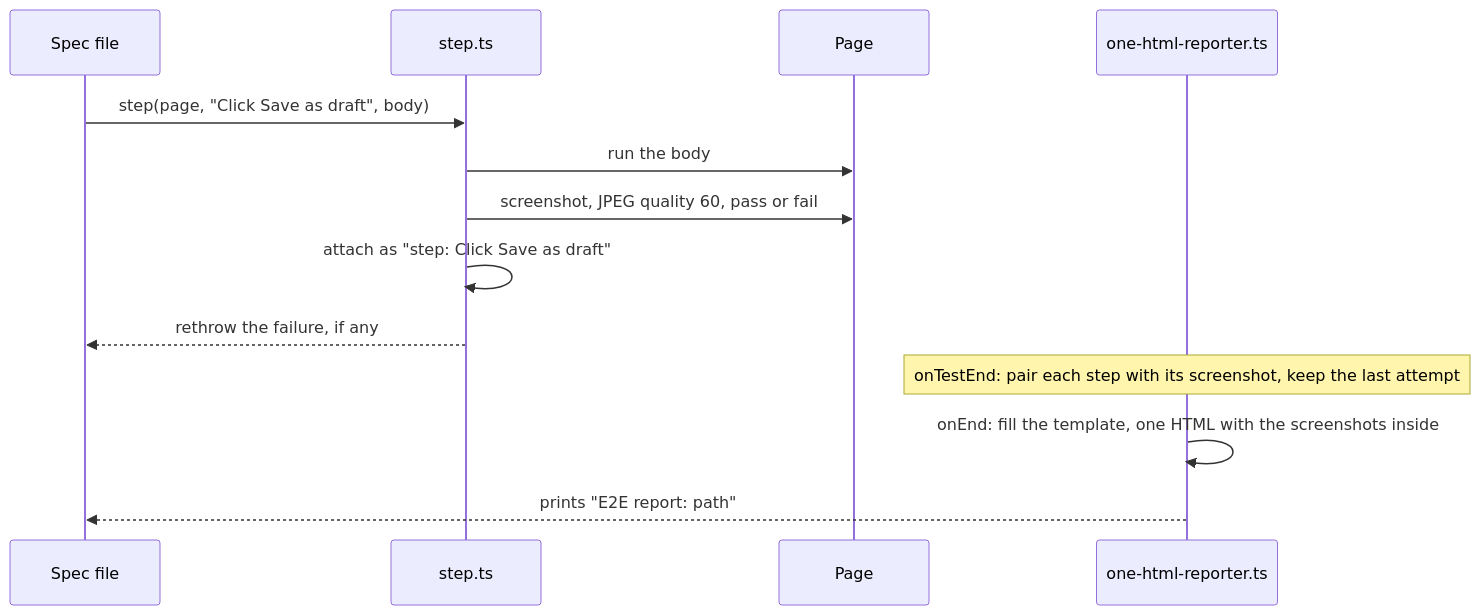
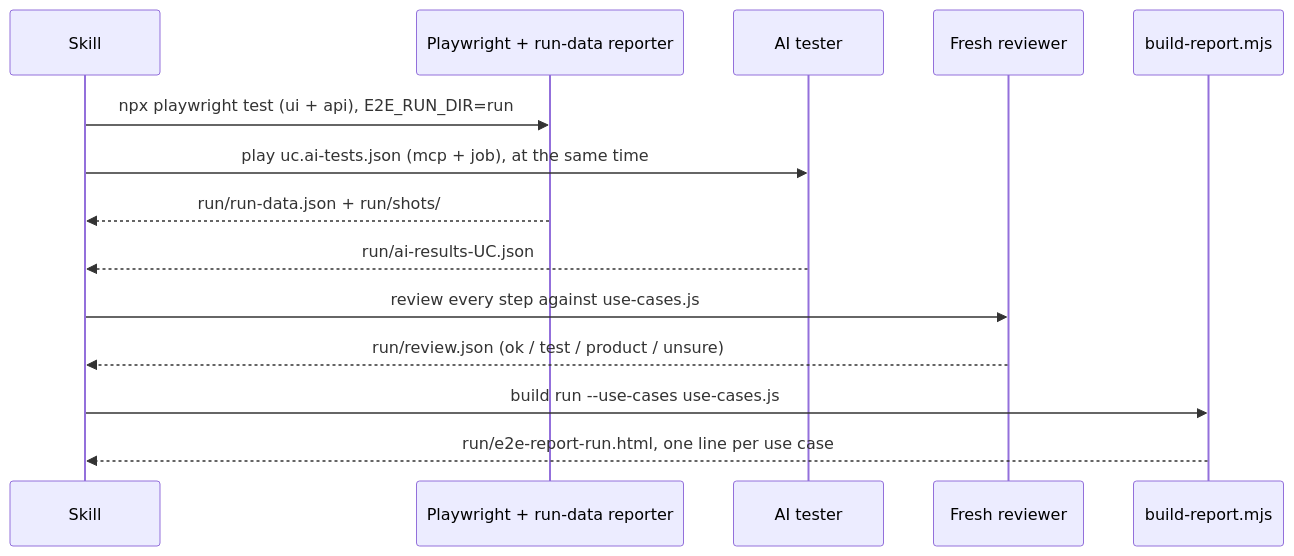
Before and after one commit to naphatwx/naphatwx-tools: the second of 3 diagrams in plugins/naphatwx-tools/skills/e2e-test/README.md, drawn with Mermaid. The commit also changed other lines of this file and 66 other files, not shown here.

First line of the commit message:
feat(use-cases): one use-cases.js for every skill that plays or tests

````diff
--- a/plugins/naphatwx-tools/skills/e2e-test/README.md
+++ b/plugins/naphatwx-tools/skills/e2e-test/README.md
@@ -43,15 +59,16 @@
 ```mermaid
 sequenceDiagram
-    participant T as Spec file
-    participant S as step.ts
-    participant P as Page
-    participant R as one-html-reporter.ts
-    T->>S: step(page, "Click Save as draft", body)
-    S->>P: run the body
-    S->>P: screenshot, JPEG quality 60, pass or fail
-    S->>S: attach as "step: Click Save as draft"
-    S-->>T: rethrow the failure, if any
-    Note over R: onTestEnd: pair each step with its screenshot, keep the last attempt
-    R->>R: onEnd: fill the template, one HTML with the screenshots inside
-    R-->>T: prints "E2E report: path"
+    participant S as Skill
+    participant P as Playwright + run-data reporter
+    participant A as AI tester
+    participant R as Fresh reviewer
+    participant B as build-report.mjs
+    S->>P: npx playwright test (ui + api), E2E_RUN_DIR=run
+    S->>A: play uc.ai-tests.json (mcp + job), at the same time
+    P-->>S: run/run-data.json + run/shots/
+    A-->>S: run/ai-results-UC.json
+    S->>R: review every step against use-cases.js
+    R-->>S: run/review.json (ok / test / product / unsure)
+    S->>B: build run --use-cases use-cases.js
+    B-->>S: run/e2e-report-run.html, one line per use case
 ```
````
